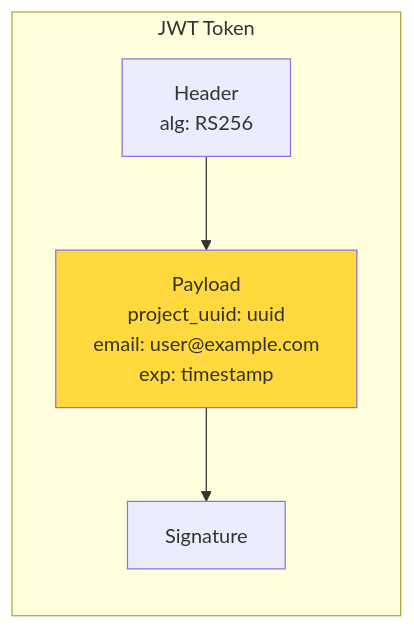
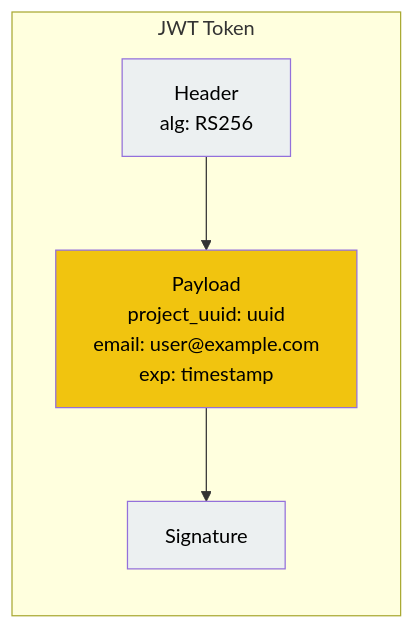
The fourth of 10 diagrams in docs/architecture/flows-integration-proposal.md (weni-ai/agents-toolkit), drawn with Mermaid before and after one commit. The commit also changed other lines of this file, not shown here.

````diff
--- a/docs/architecture/flows-integration-proposal.md
+++ b/docs/architecture/flows-integration-proposal.md
@@ -130,13 +141,15 @@
 ```mermaid
 flowchart LR
     subgraph "JWT Token"
         direction TB
         H[Header<br/>alg: RS256]
         P[Payload<br/>project_uuid: uuid<br/>email: user@example.com<br/>exp: timestamp]
         S[Signature]
     end
     
     H --> P --> S
     
-    style P fill:#ffd93d
+    style H fill:#ecf0f1,color:#000
+    style P fill:#f1c40f,color:#000
+    style S fill:#ecf0f1,color:#000
 ```
````
